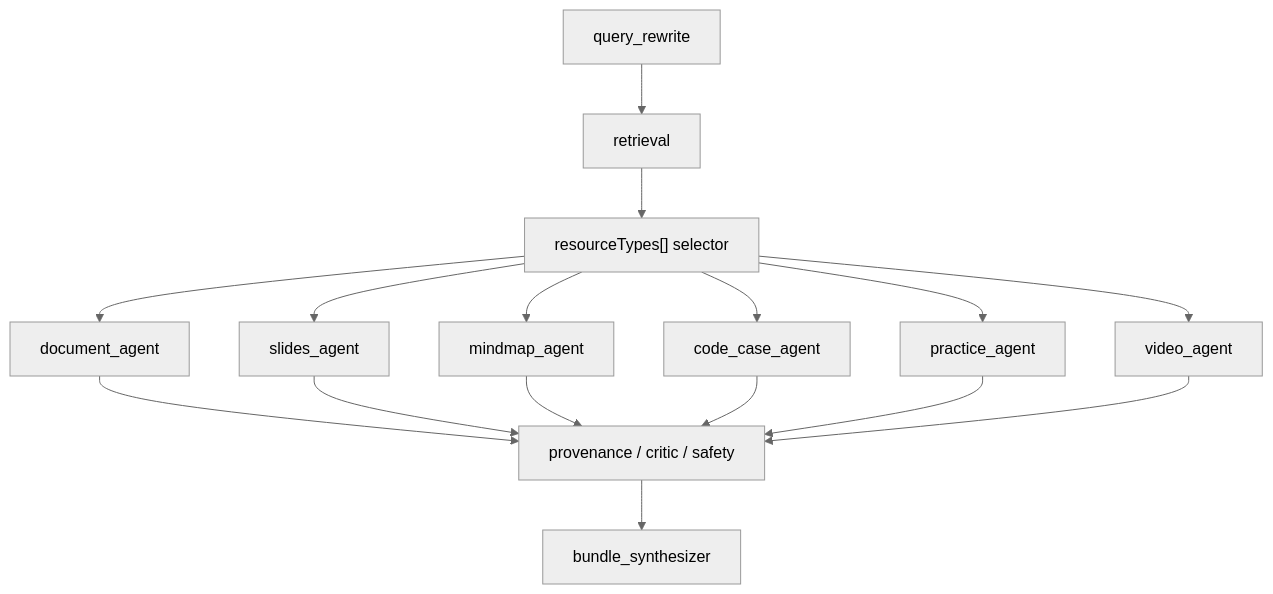
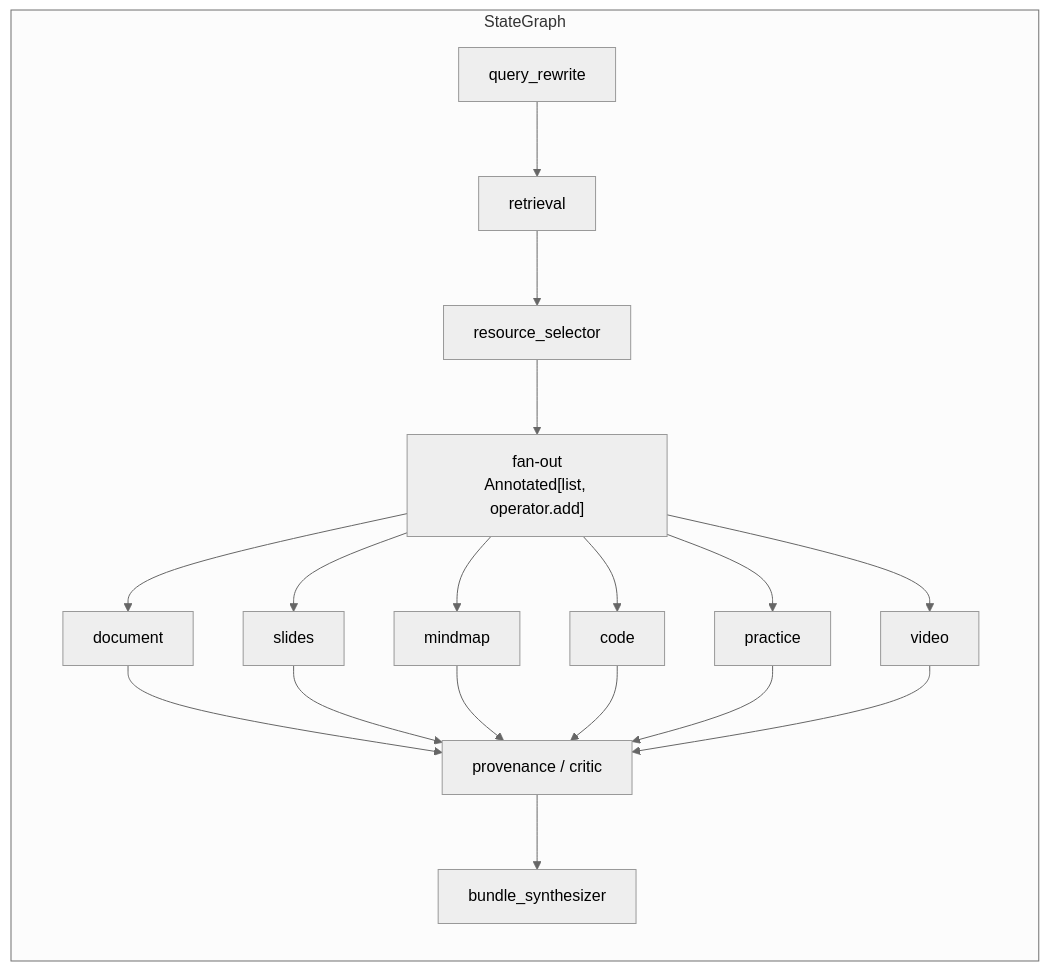
Diagram 14 of 22 in docs/架构文档.md (zzp1221/Multi-Agent-Learning-System), drawn with Mermaid (neutral theme) before and after one commit. The commit also changed other lines of this file and 11 other files, not shown here.

First line of the commit message:
docs: update README, deployment, architecture docs and remove obsolete planning docs

````diff
--- a/docs/架构文档.md
+++ b/docs/架构文档.md
@@ -276,18 +694,16 @@
 ```mermaid
-flowchart TD
-  Rewrite["query_rewrite"] --> Retrieval["retrieval"]
-  Retrieval --> Select["resourceTypes[] selector"]
-  Select --> Doc["document_agent"]
-  Select --> Slides["slides_agent"]
-  Select --> Mind["mindmap_agent"]
-  Select --> Code["code_case_agent"]
-  Select --> Quiz["practice_agent"]
-  Select --> Video["video_agent"]
-  Doc --> Gate["provenance / critic / safety"]
-  Slides --> Gate
-  Mind --> Gate
-  Code --> Gate
-  Quiz --> Gate
-  Video --> Gate
-  Gate --> Synth["bundle_synthesizer"]
+flowchart LR
+    subgraph Graph["StateGraph"]
+        A["query_rewrite"] --> B["retrieval"]
+        B --> C["resource_selector"]
+        C --> D["fan-out<br/>Annotated[list, operator.add]"]
+        D --> E1["document"]
+        D --> E2["slides"]
+        D --> E3["mindmap"]
+        D --> E4["code"]
+        D --> E5["practice"]
+        D --> E6["video"]
+        E1 & E2 & E3 & E4 & E5 & E6 --> F["provenance / critic"]
+        F --> G["bundle_synthesizer"]
+    end
 ```
````
